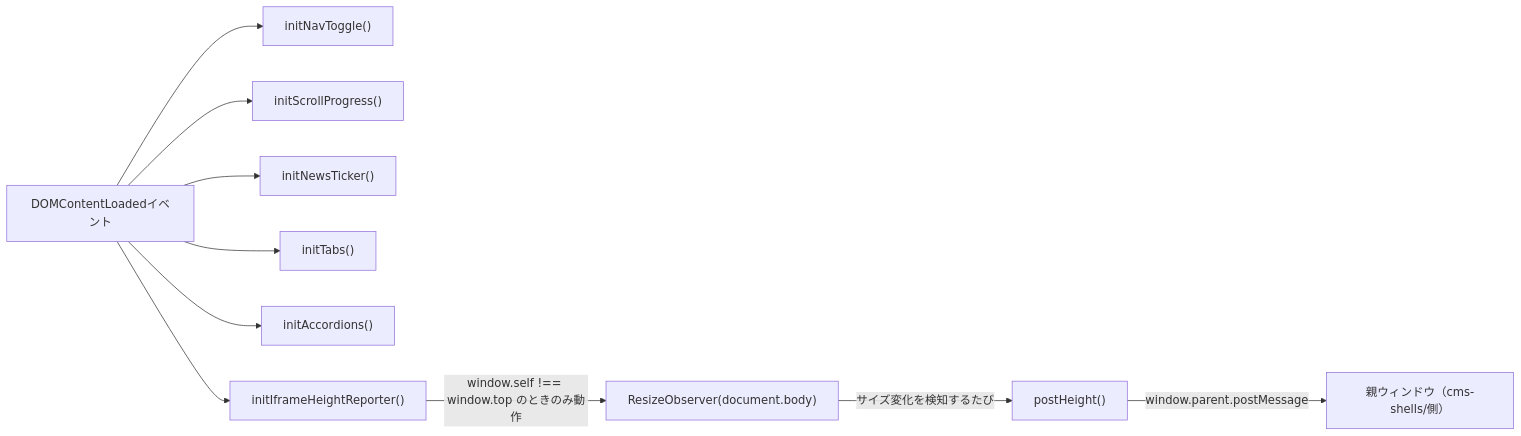
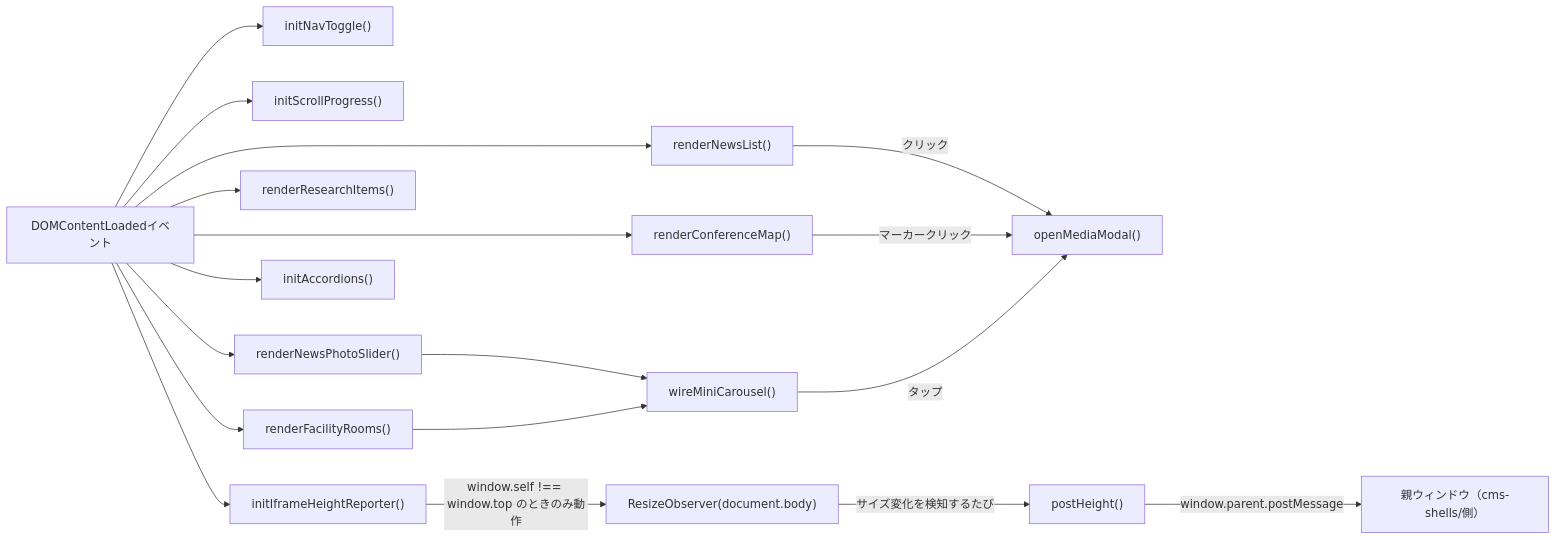
The second of 2 diagrams in document.md (yryo1005/SIT-AIRD-Center-Homepage), drawn with Mermaid before and after one commit. The commit also changed other lines of this file and 5 other files, not shown here.

````diff
--- a/document.md
+++ b/document.md
@@ -74,13 +76,22 @@
 ```mermaid
 flowchart LR
     DCL["DOMContentLoadedイベント"] --> NAV["initNavToggle()"]
     DCL --> SCROLL["initScrollProgress()"]
-    DCL --> TICKER["initNewsTicker()"]
-    DCL --> TABS["initTabs()"]
+    DCL --> NEWS["renderNewsList()"]
+    DCL --> SLIDER["renderNewsPhotoSlider()"]
+    DCL --> RESEARCH["renderResearchItems()"]
+    DCL --> MAP["renderConferenceMap()"]
+    DCL --> ROOMS["renderFacilityRooms()"]
     DCL --> ACC["initAccordions()"]
     DCL --> RESIZE["initIframeHeightReporter()"]
+
+    NEWS -->|"クリック"| MODAL["openMediaModal()"]
+    MAP -->|"マーカークリック"| MODAL
+    SLIDER --> MINI["wireMiniCarousel()"]
+    ROOMS --> MINI
+    MINI -->|"タップ"| MODAL
 
     RESIZE -->|"window.self !== window.top のときのみ動作"| OBS["ResizeObserver(document.body)"]
     OBS -->|"サイズ変化を検知するたび"| POST["postHeight()"]
     POST -->|"window.parent.postMessage"| PARENT["親ウィンドウ（cms-shells/側）"]
 ```
````
